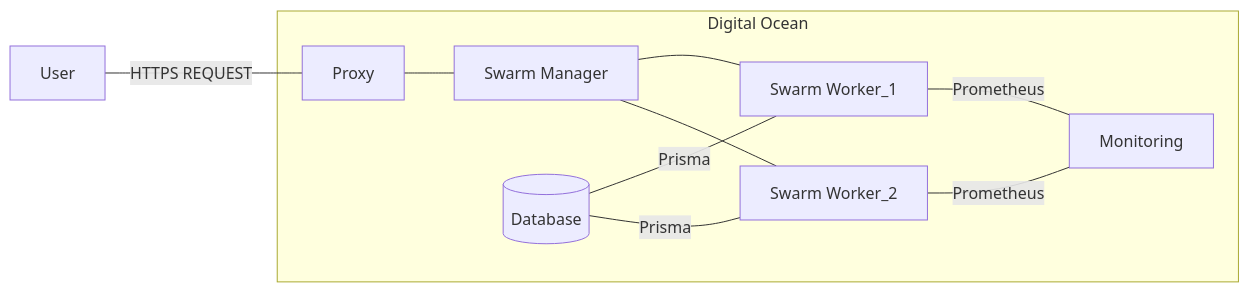
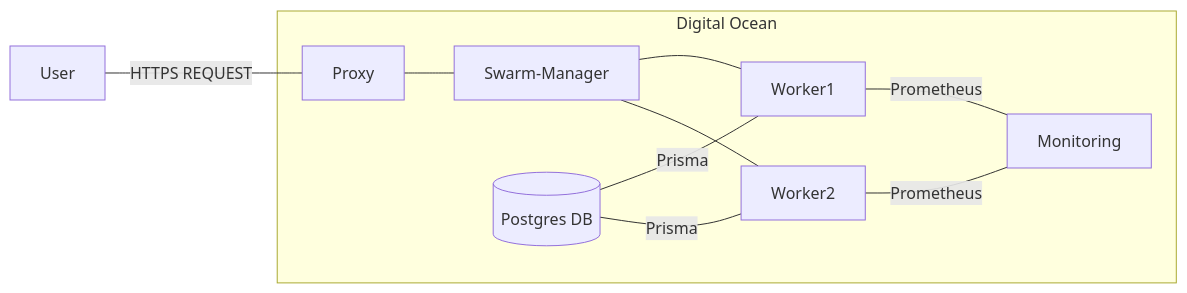
One commit to DevOps-2024-group-p/maxitwit changed the third of 4 diagrams in report/report.md. Above: the diagram before and after it, drawn with Mermaid.

Commit message:
docs: deployment viewpoint

````diff
--- a/report/report.md
+++ b/report/report.md
@@ -85,15 +85,17 @@
 ```mermaid
 flowchart LR
+
     subgraph "Digital Ocean"
-        PROXY["Proxy"] --- SM["Swarm Manager"]
-        SM --- SW1["Swarm Worker_1"]
-        id1[("Database")] ---|Prisma| SW1
+    
+        PROXY["Proxy"] --- SM["Swarm-Manager"]
+        SM --- SW1["Worker1"]
+        id1[("Postgres DB")] ---|Prisma| SW1
         id1 ---|Prisma| SW2
-        SM --- SW2["Swarm Worker_2"]
+        SM --- SW2["Worker2"]
         SW1 --- |Prometheus|Monitoring
         SW2 --- |Prometheus|Monitoring
 
     end
     DO["User"] --- |HTTPS REQUEST| PROXY 
 
 ```
````
